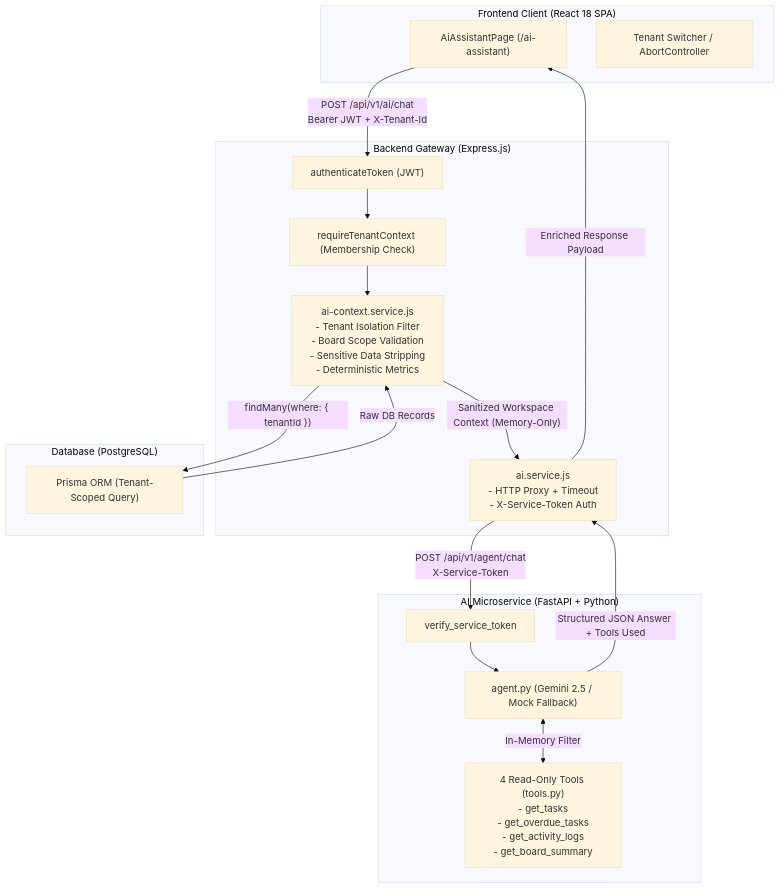
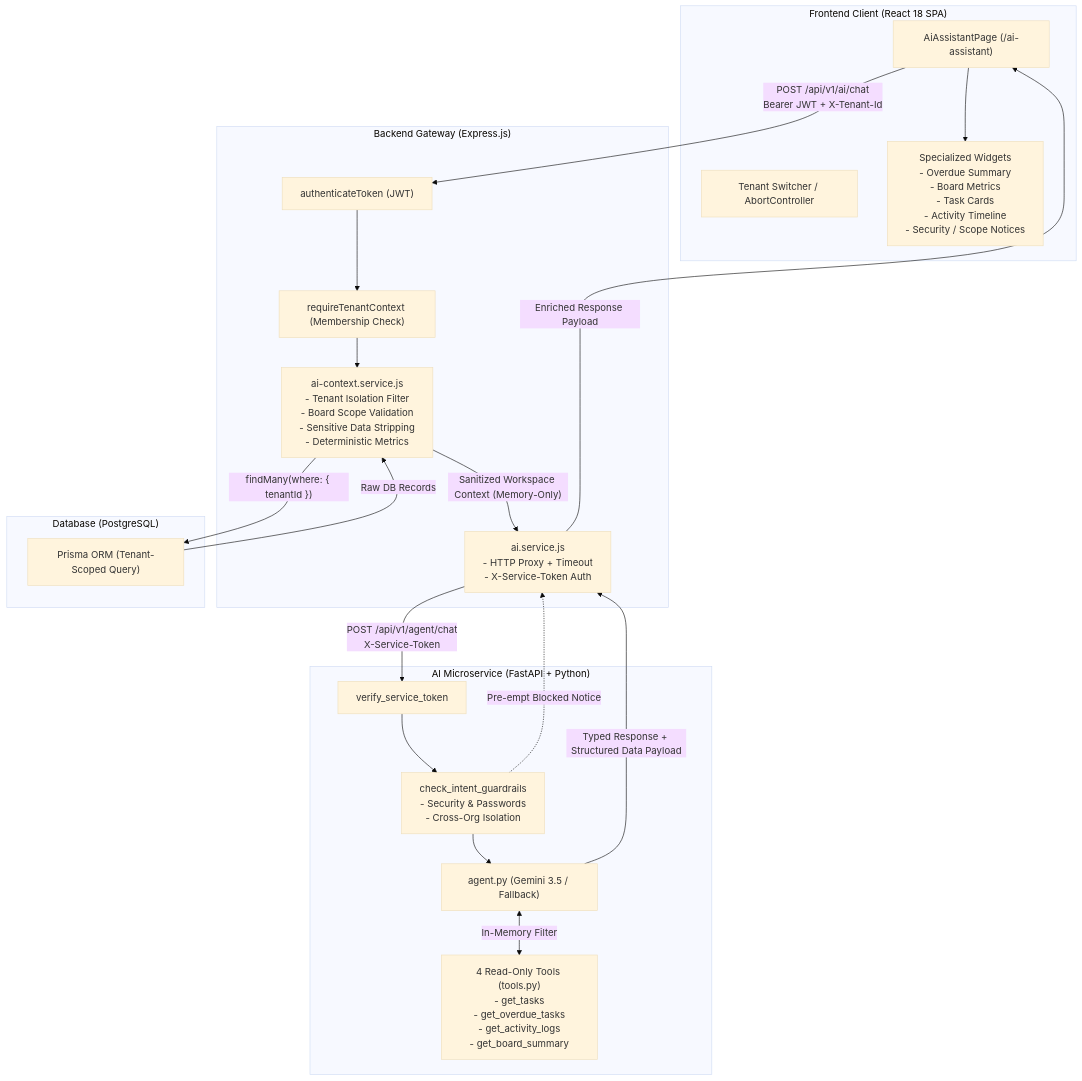
The diagram in docs/ai-assistant.md (Nikhil166-tech/julleyonline-fde-assignment.), drawn with Mermaid (base theme) before and after one commit. The commit also changed other lines of this file and 14 other files, not shown here.

Commit message:
feat(ai): refine enterprise UX, typed answer widgets, intent guardrails, and markdown rendering

````diff
--- a/docs/ai-assistant.md
+++ b/docs/ai-assistant.md
@@ -25,36 +24,41 @@
 ```mermaid
 flowchart TD
     subgraph Frontend["Frontend Client (React 18 SPA)"]
         UI["AiAssistantPage (/ai-assistant)"]
         ContextHold["Tenant Switcher / AbortController"]
+        Widgets["Specialized Widgets<br/>- Overdue Summary<br/>- Board Metrics<br/>- Task Cards<br/>- Activity Timeline<br/>- Security / Scope Notices"]
     end
 
     subgraph BackendGateway["Backend Gateway (Express.js)"]
         AuthMiddleware["authenticateToken (JWT)"]
         TenantMiddleware["requireTenantContext (Membership Check)"]
         ContextService["ai-context.service.js<br/>- Tenant Isolation Filter<br/>- Board Scope Validation<br/>- Sensitive Data Stripping<br/>- Deterministic Metrics"]
         ProxyService["ai.service.js<br/>- HTTP Proxy + Timeout<br/>- X-Service-Token Auth"]
     end
 
     subgraph Database["Database (PostgreSQL)"]
         Prisma["Prisma ORM (Tenant-Scoped Query)"]
     end
 
     subgraph AIService["AI Microservice (FastAPI + Python)"]
         TokenAuth["verify_service_token"]
-        AgentEngine["agent.py (Gemini 2.5 / Mock Fallback)"]
+        Guardrails["check_intent_guardrails<br/>- Security & Passwords<br/>- Cross-Org Isolation"]
+        AgentEngine["agent.py (Gemini 3.5 / Fallback)"]
         Tools["4 Read-Only Tools (tools.py)<br/>- get_tasks<br/>- get_overdue_tasks<br/>- get_activity_logs<br/>- get_board_summary"]
     end
 
     UI -->|"POST /api/v1/ai/chat<br/>Bearer JWT + X-Tenant-Id"| AuthMiddleware
     AuthMiddleware --> TenantMiddleware
     TenantMiddleware --> ContextService
     ContextService -->|"findMany(where: { tenantId })"| Prisma
     Prisma -->|"Raw DB Records"| ContextService
     ContextService -->|"Sanitized Workspace Context (Memory-Only)"| ProxyService
     ProxyService -->|"POST /api/v1/agent/chat<br/>X-Service-Token"| TokenAuth
-    TokenAuth --> AgentEngine
+    TokenAuth --> Guardrails
+    Guardrails -.->|"Pre-empt Blocked Notice"| ProxyService
+    Guardrails --> AgentEngine
     AgentEngine <-->|"In-Memory Filter"| Tools
-    AgentEngine -->|"Structured JSON Answer + Tools Used"| ProxyService
+    AgentEngine -->|"Typed Response + Structured Data Payload"| ProxyService
     ProxyService -->|"Enriched Response Payload"| UI
+    UI --> Widgets
 ```
````
